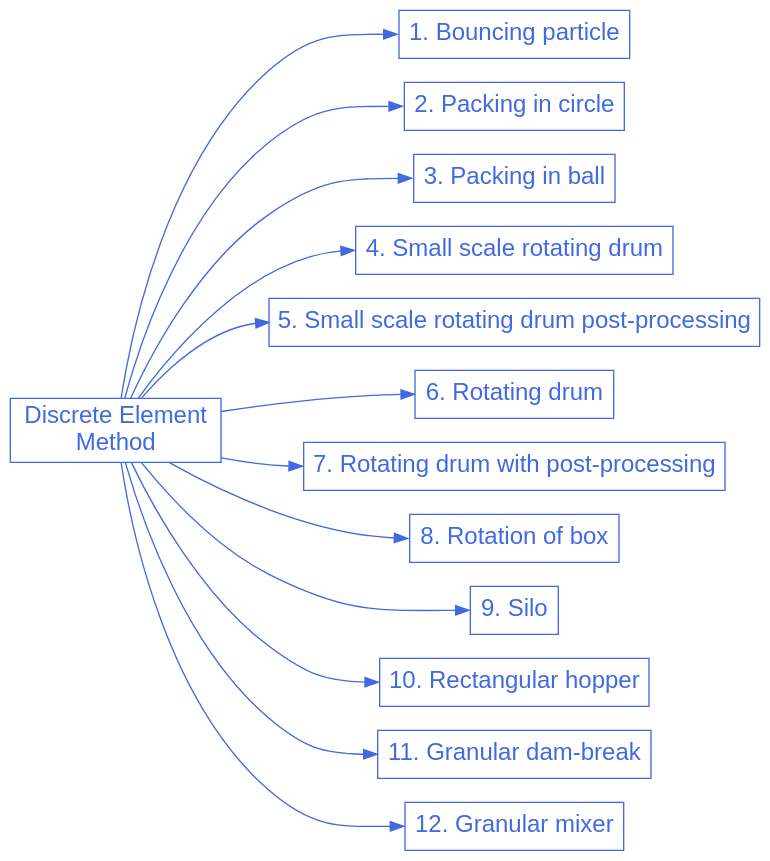
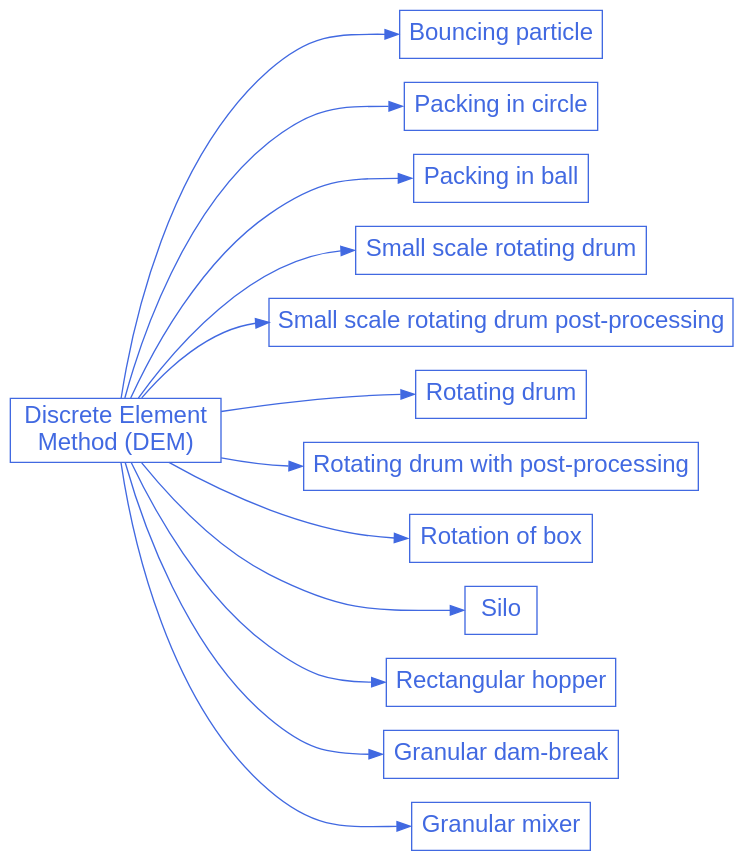
One commit to chaos-polymtl/lethe changed the diagram in doc/source/examples/dem/dem.rst. Above: the diagram before and after it, drawn with Graphviz. The commit also changed other lines of this file and 5 other files, not shown here.

Commit message:
Remove numbers and fix titles in graphs

```diff
--- a/doc/source/examples/dem/dem.rst
+++ b/doc/source/examples/dem/dem.rst
@@ -27,48 +25,48 @@
 .. graphviz:: 
 
     digraph dem_diagram {
       graph [bgcolor="transparent", align=true];
       node [fontname=Arial, fontsize=18, shape=box, fontcolor=royalblue, color=royalblue];
       edge [color=royalblue];
       rankdir="LR";
       size = "9,9";
       
-      dem [label="Discrete Element \nMethod", href="https://lethe-cfd.github.io/lethe/examples/dem/dem.html"];
+      dem [label="Discrete Element \nMethod (DEM)", href="https://lethe-cfd.github.io/lethe/examples/dem/dem.html"];
 
-      dem_1 [label="1. Bouncing particle", href="https://lethe-cfd.github.io/lethe/examples/dem/bouncing-particle/bouncing-particle.html"]; 
+      dem_1 [label="Bouncing particle", href="https://lethe-cfd.github.io/lethe/examples/dem/bouncing-particle/bouncing-particle.html"]; 
 
-      dem_2 [label="2. Packing in circle", href="https://lethe-cfd.github.io/lethe/examples/dem/packing-in-circle/packing-in-circle.html"]; 
+      dem_2 [label="Packing in circle", href="https://lethe-cfd.github.io/lethe/examples/dem/packing-in-circle/packing-in-circle.html"]; 
 
-      dem_3 [label="3. Packing in ball", href="https://lethe-cfd.github.io/lethe/examples/dem/packing-in-ball/packing-in-ball.html"]; 
+      dem_3 [label="Packing in ball", href="https://lethe-cfd.github.io/lethe/examples/dem/packing-in-ball/packing-in-ball.html"]; 
 
-      dem_4 [label="4. Small scale rotating drum", href="https://lethe-cfd.github.io/lethe/examples/dem/small-scale-rotating-drum/small-scale-rotating-drum.html"]; 
+      dem_4 [label="Small scale rotating drum", href="https://lethe-cfd.github.io/lethe/examples/dem/small-scale-rotating-drum/small-scale-rotating-drum.html"]; 
     
-      dem_5 [label="5. Small scale rotating drum post-processing", href="https://lethe-cfd.github.io/lethe/examples/dem/small-scale-rotating-drum-post-processing/small-scale-rotating-drum-post-processing.html"]; 
+      dem_5 [label="Small scale rotating drum post-processing", href="https://lethe-cfd.github.io/lethe/examples/dem/small-scale-rotating-drum-post-processing/small-scale-rotating-drum-post-processing.html"]; 
 
-      dem_6 [label="6. Rotating drum", href="https://lethe-cfd.github.io/lethe/examples/dem/rotating-drum/rotating-drum.html"]; 
+      dem_6 [label="Rotating drum", href="https://lethe-cfd.github.io/lethe/examples/dem/rotating-drum/rotating-drum.html"]; 
 
-      dem_7 [label="7. Rotating drum with post-processing", href="https://lethe-cfd.github.io/lethe/examples/dem/rotating-drum-with-post-processing/rotating-drum-with-post-processing.html"]; 
+      dem_7 [label="Rotating drum with post-processing", href="https://lethe-cfd.github.io/lethe/examples/dem/rotating-drum-with-post-processing/rotating-drum-with-post-processing.html"]; 
 
-      dem_8 [label="8. Rotation of box", href="https://lethe-cfd.github.io/lethe/examples/dem/rotation-of-box/rotation-of-box.html"]; 
+      dem_8 [label="Rotation of box", href="https://lethe-cfd.github.io/lethe/examples/dem/rotation-of-box/rotation-of-box.html"]; 
 
-      dem_9 [label="9. Silo", href="https://lethe-cfd.github.io/lethe/examples/dem/silo/silo.html"]; 
+      dem_9 [label="Silo", href="https://lethe-cfd.github.io/lethe/examples/dem/silo/silo.html"]; 
 
-      dem_10 [label="10. Rectangular hopper", href="https://lethe-cfd.github.io/lethe/examples/dem/rectangular-hopper/rectangular-hopper.html"]; 
+      dem_10 [label="Rectangular hopper", href="https://lethe-cfd.github.io/lethe/examples/dem/rectangular-hopper/rectangular-hopper.html"]; 
 
-      dem_11 [label="11. Granular dam-break", href="https://lethe-cfd.github.io/lethe/examples/dem/granular-dam-break/granular-dam-break.html"]; 
+      dem_11 [label="Granular dam-break", href="https://lethe-cfd.github.io/lethe/examples/dem/granular-dam-break/granular-dam-break.html"]; 
 
-      dem_12 [label="12. Granular mixer", href="https://lethe-cfd.github.io/lethe/examples/dem/granular-mixer/granular-mixer.html"]; 
+      dem_12 [label="Granular mixer", href="https://lethe-cfd.github.io/lethe/examples/dem/granular-mixer/granular-mixer.html"]; 
 
       dem -> dem_1:w;
       dem -> dem_2:w;
       dem -> dem_3:w;
       dem -> dem_4:w;
       dem -> dem_5:w;
       dem -> dem_6:w;
       dem -> dem_7:w;
       dem -> dem_8:w;
       dem -> dem_9:w;
       dem -> dem_10:w;
       dem -> dem_11:w;
       dem -> dem_12:w;
     }
```
